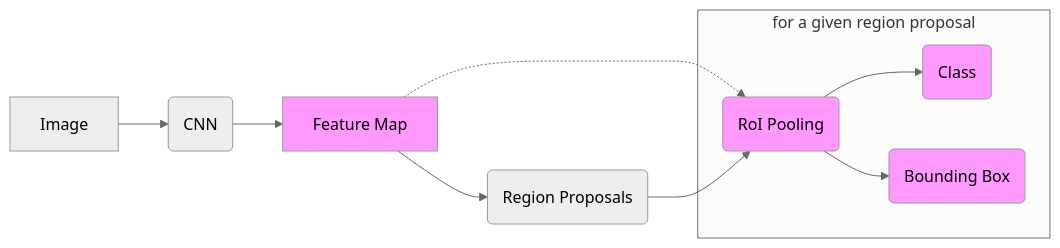
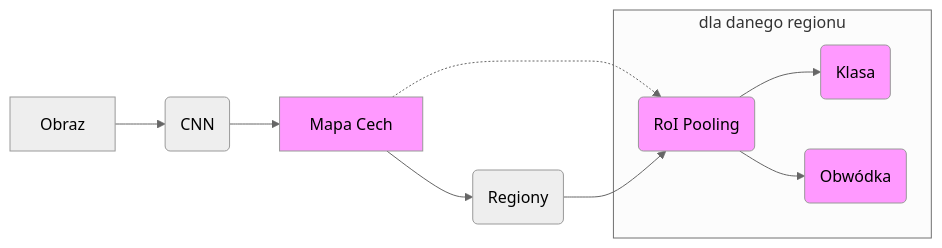
The diagram in thesis/chapters/podejscie/mask_r-cnn/fast_r-cnn.mmd (rzadp/badminton-monorepo), drawn with Mermaid (neutral theme) before and after one commit. The commit also changed 3 other files, not shown here.

```diff
--- a/thesis/chapters/podejscie/mask_r-cnn/fast_r-cnn.mmd
+++ b/thesis/chapters/podejscie/mask_r-cnn/fast_r-cnn.mmd
@@ -1,33 +1,33 @@
 graph LR
 
 %% ...::: NODES :::...
 
-input[Image]
+input[Obraz]
 cnn(CNN)
-feature_map[Feature Map]
-rpn(Region Proposals)
+feature_map[Mapa Cech]
+rpn(Regiony)
 roi(RoI Pooling)
 
-clas(Class)
-bounding_box(Bounding Box)
+clas(Klasa)
+bounding_box(Obwódka)
 
 %% ...::: STYLING :::...
 
 %% style input fill:#bddaff,stroke:#4294ff
 style roi fill:#f9f
 style feature_map fill:#f9f
 style clas fill:#f9f
 style bounding_box fill:#f9f
 
 %% ...::: FLOWS :::...
 
 input-->cnn
 cnn-->feature_map
 feature_map-->rpn
 
 feature_map-.->roi
 rpn-->roi
-subgraph for a given region proposal
+subgraph dla danego regionu
   roi-->clas
   roi-->bounding_box
 end
```
